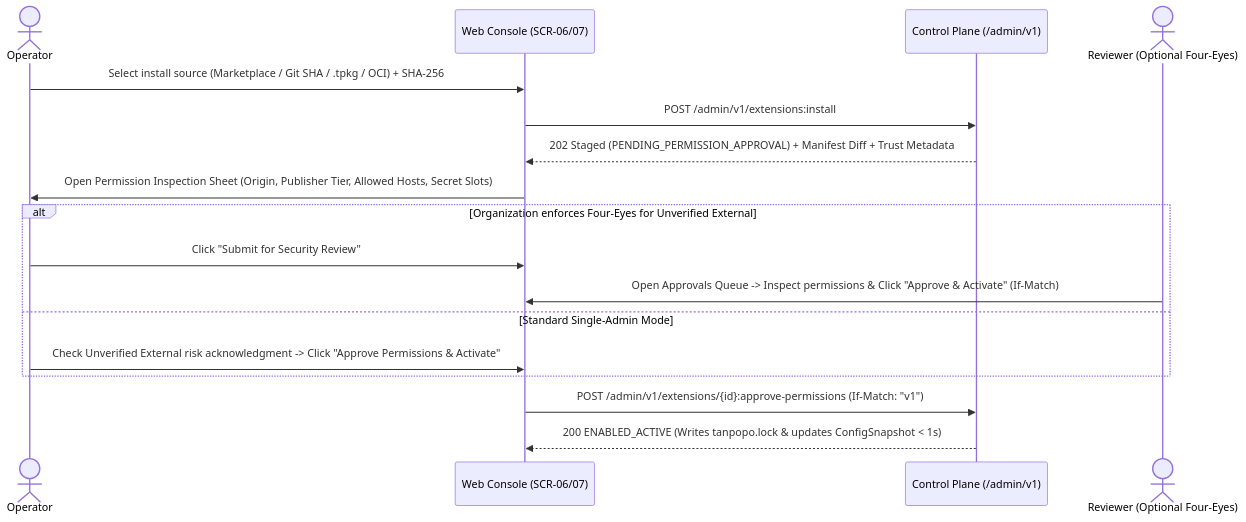
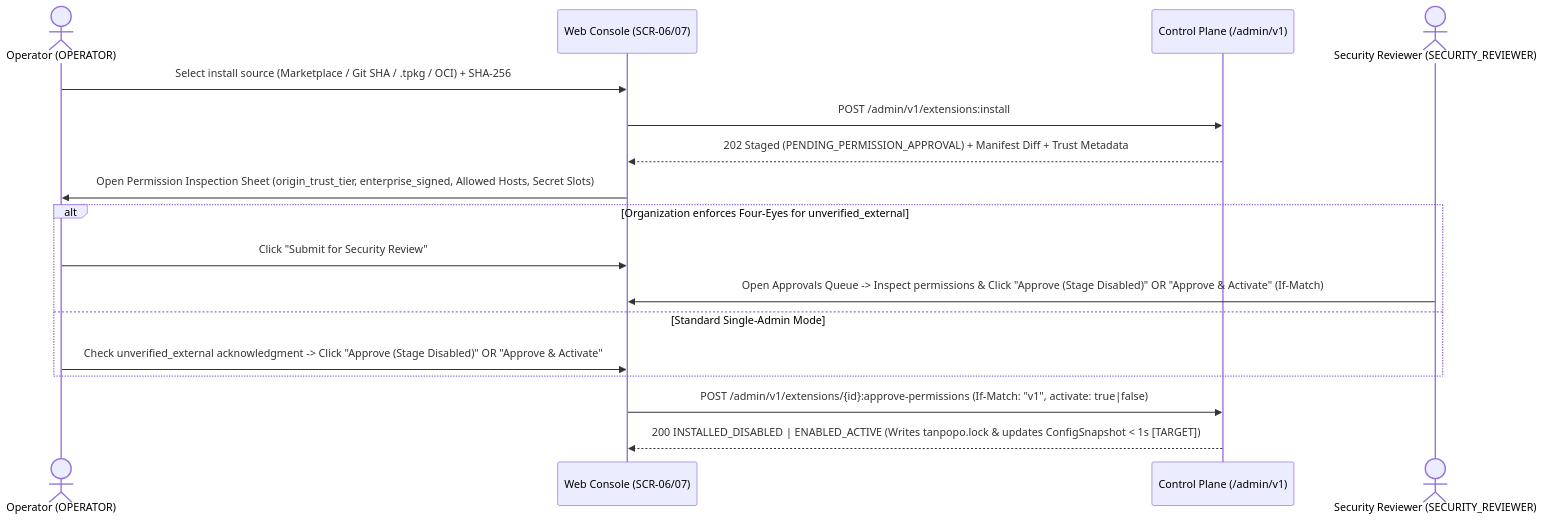
One commit to nguywnben/tanpopo changed the second of 3 diagrams in docs/ux/user-flows.md. Above: the diagram before and after it, drawn with Mermaid. The commit also changed other lines of this file and 70 other files, not shown here.

````diff
--- a/docs/ux/user-flows.md
+++ b/docs/ux/user-flows.md
@@ -46,20 +46,20 @@
 ```mermaid
 sequenceDiagram
-    actor Op as Operator
+    actor Op as Operator (OPERATOR)
     participant UI as Web Console (SCR-06/07)
     participant API as Control Plane (/admin/v1)
-    actor Rev as Reviewer (Optional Four-Eyes)
+    actor Rev as Security Reviewer (SECURITY_REVIEWER)
 
     Op->>UI: Select install source (Marketplace / Git SHA / .tpkg / OCI) + SHA-256
     UI->>API: POST /admin/v1/extensions:install
     API-->>UI: 202 Staged (PENDING_PERMISSION_APPROVAL) + Manifest Diff + Trust Metadata
-    UI->>Op: Open Permission Inspection Sheet (Origin, Publisher Tier, Allowed Hosts, Secret Slots)
-    alt Organization enforces Four-Eyes for Unverified External
+    UI->>Op: Open Permission Inspection Sheet (origin_trust_tier, enterprise_signed, Allowed Hosts, Secret Slots)
+    alt Organization enforces Four-Eyes for unverified_external
         Op->>UI: Click "Submit for Security Review"
-        Rev->>UI: Open Approvals Queue -> Inspect permissions & Click "Approve & Activate" (If-Match)
+        Rev->>UI: Open Approvals Queue -> Inspect permissions & Click "Approve (Stage Disabled)" OR "Approve & Activate" (If-Match)
     else Standard Single-Admin Mode
-        Op->>UI: Check Unverified External risk acknowledgment -> Click "Approve Permissions & Activate"
+        Op->>UI: Check unverified_external acknowledgment -> Click "Approve (Stage Disabled)" OR "Approve & Activate"
     end
-    UI->>API: POST /admin/v1/extensions/{id}:approve-permissions (If-Match: "v1")
-    API-->>UI: 200 ENABLED_ACTIVE (Writes tanpopo.lock & updates ConfigSnapshot < 1s)
+    UI->>API: POST /admin/v1/extensions/{id}:approve-permissions (If-Match: "v1", activate: true|false)
+    API-->>UI: 200 INSTALLED_DISABLED | ENABLED_ACTIVE (Writes tanpopo.lock & updates ConfigSnapshot < 1s [TARGET])
 ```
````
